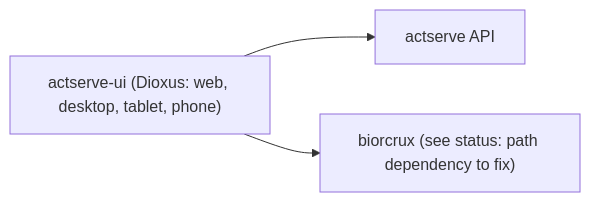
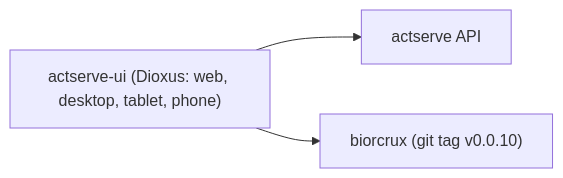
Before and after one commit to grosjeanbaptiste/actserve-ui: the diagram in README.md, drawn with Mermaid. The commit also changed other lines of this file and 3 other files, not shown here.

````diff
--- a/README.md
+++ b/README.md
@@ -24,5 +24,5 @@
 ```mermaid
 flowchart LR
     ui["actserve-ui (Dioxus: web, desktop, tablet, phone)"] --> api["actserve API"]
-    ui --> bx["biorcrux (see status: path dependency to fix)"]
+    ui --> bx["biorcrux (git tag v0.0.10)"]
 ```
````
